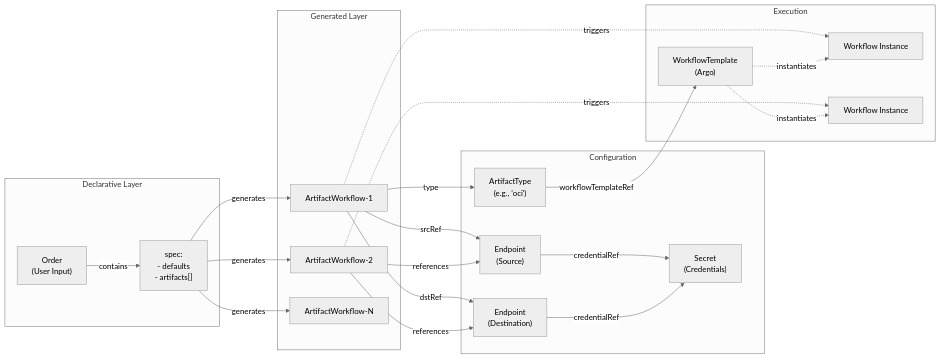
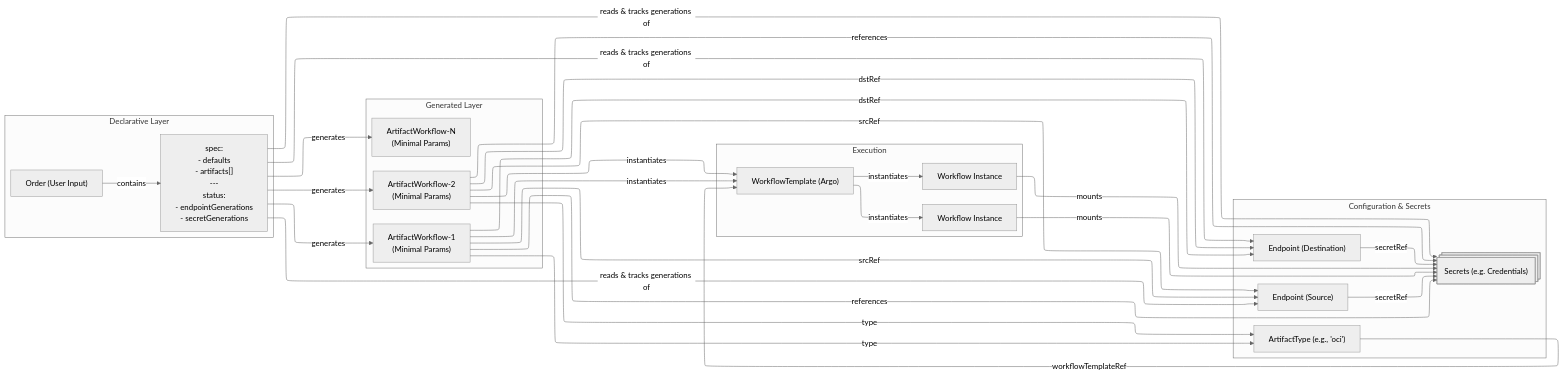
The first of 2 diagrams in docs/index.md (opendefensecloud/artifact-conduit), drawn with Mermaid (neutral theme) before and after one commit. The commit also changed other lines of this file, not shown here.

Commit message:
adjust docs use diagram from adrs

````diff
--- a/docs/index.md
+++ b/docs/index.md
@@ -94,46 +36,48 @@
 ```mermaid
-graph LR
-    subgraph "Declarative Layer"
-        Order["Order<br/>(User Input)"]
-        OrderSpec["spec:<br/>- defaults<br/>- artifacts[]"]
-    end
-    
-    subgraph "Generated Layer"
-        ArtifactWorkflow1["ArtifactWorkflow-1"]
-        ArtifactWorkflow2["ArtifactWorkflow-2"]
-        ArtifactWorkflowN["ArtifactWorkflow-N"]
-    end
-    
-    subgraph "Configuration"
-        SrcEndpoint["Endpoint<br/>(Source)"]
-        DstEndpoint["Endpoint<br/>(Destination)"]
-        ATD["ArtifactType<br/>(e.g., 'oci')"]
-        Secret["Secret<br/>(Credentials)"]
-    end
-    
-    subgraph "Execution"
-        WorkflowTemplate["WorkflowTemplate<br/>(Argo)"]
-        Workflow1["Workflow Instance"]
-        Workflow2["Workflow Instance"]
-    end
-    
-    Order -->|"contains"| OrderSpec
-    OrderSpec -->|"generates"| ArtifactWorkflow1
-    OrderSpec -->|"generates"| ArtifactWorkflow2
-    OrderSpec -->|"generates"| ArtifactWorkflowN
-    
-    ArtifactWorkflow1 -->|"srcRef"| SrcEndpoint
-    ArtifactWorkflow1 -->|"dstRef"| DstEndpoint
-    ArtifactWorkflow1 -->|"type"| ATD
-    ArtifactWorkflow2 -->|"references"| SrcEndpoint
-    ArtifactWorkflow2 -->|"references"| DstEndpoint
-    
-    SrcEndpoint -->|"credentialRef"| Secret
-    DstEndpoint -->|"credentialRef"| Secret
-    
-    ATD -->|"workflowTemplateRef"| WorkflowTemplate
-    ArtifactWorkflow1 -.->|"triggers"| Workflow1
-    ArtifactWorkflow2 -.->|"triggers"| Workflow2
-    WorkflowTemplate -.->|"instantiates"| Workflow1
-    WorkflowTemplate -.->|"instantiates"| Workflow2
+---
+config:
+  layout: elk
+---
+flowchart LR
+ subgraph subGraph0["Declarative Layer"]
+        Order["Order (User Input)"]
+        Spec["spec:<br>- defaults<br>- artifacts[]<br>--- <br>status:<br>- endpointGenerations<br>- secretGenerations"]
+  end
+ subgraph subGraph1["Generated Layer"]
+        ArtifactWorkflow1["ArtifactWorkflow-1<br>(Minimal Params)"]
+        ArtifactWorkflow2["ArtifactWorkflow-2<br>(Minimal Params)"]
+        ArtifactWorkflowN["ArtifactWorkflow-N<br>(Minimal Params)"]
+  end
+ subgraph Configuration["Configuration & Secrets"]
+        ArtifactTypeDef@{ label: "ArtifactType (e.g., 'oci')" }
+        EndpointSrc["Endpoint (Source)"]
+        EndpointDst["Endpoint (Destination)"]
+        EndpointSecret@{ shape: procs, label: "Secrets (e.g. Credentials)"}
+  end
+ subgraph Execution["Execution"]
+        WorkflowTemplate["WorkflowTemplate (Argo)"]
+        WorkflowInstance1["Workflow Instance"]
+        WorkflowInstance2["Workflow Instance"]
+  end
+    Order -- contains --> Spec
+    Spec -- generates --> ArtifactWorkflow1 & ArtifactWorkflow2 & ArtifactWorkflowN
+    Spec -- reads & tracks generations of --> EndpointSrc & EndpointDst & EndpointSecret
+    ArtifactWorkflow1 -- type --> ArtifactTypeDef
+    ArtifactWorkflow2 -- type --> ArtifactTypeDef
+    ArtifactWorkflow1 -- srcRef --> EndpointSrc
+    ArtifactWorkflow2 -- srcRef --> EndpointSrc
+    ArtifactWorkflow1 -- dstRef --> EndpointDst
+    ArtifactWorkflow2 -- dstRef --> EndpointDst
+    EndpointSrc -- secretRef --> EndpointSecret
+    EndpointDst -- secretRef --> EndpointSecret
+    ArtifactTypeDef -- workflowTemplateRef --> WorkflowTemplate
+    ArtifactWorkflow1 -- references --> EndpointSecret
+    ArtifactWorkflow2 -- references --> EndpointSecret
+    ArtifactWorkflow1 -- instantiates --> WorkflowTemplate
+    ArtifactWorkflow2 -- instantiates --> WorkflowTemplate
+    WorkflowTemplate -- instantiates --> WorkflowInstance1 & WorkflowInstance2
+    WorkflowInstance1 -- mounts --> EndpointSecret
+    WorkflowInstance2 -- mounts --> EndpointSecret
+
+    ArtifactTypeDef@{ shape: rect}
 ```
````
